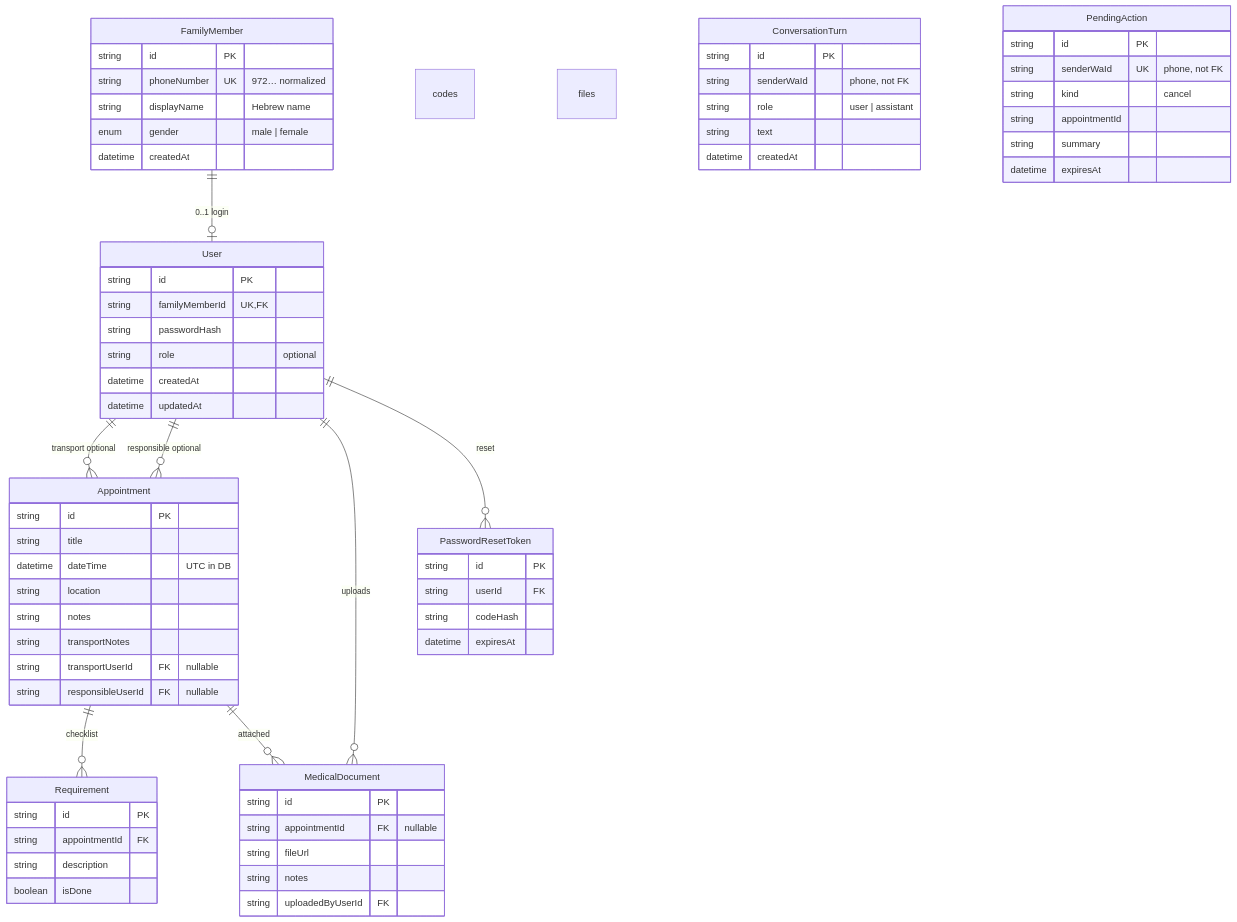
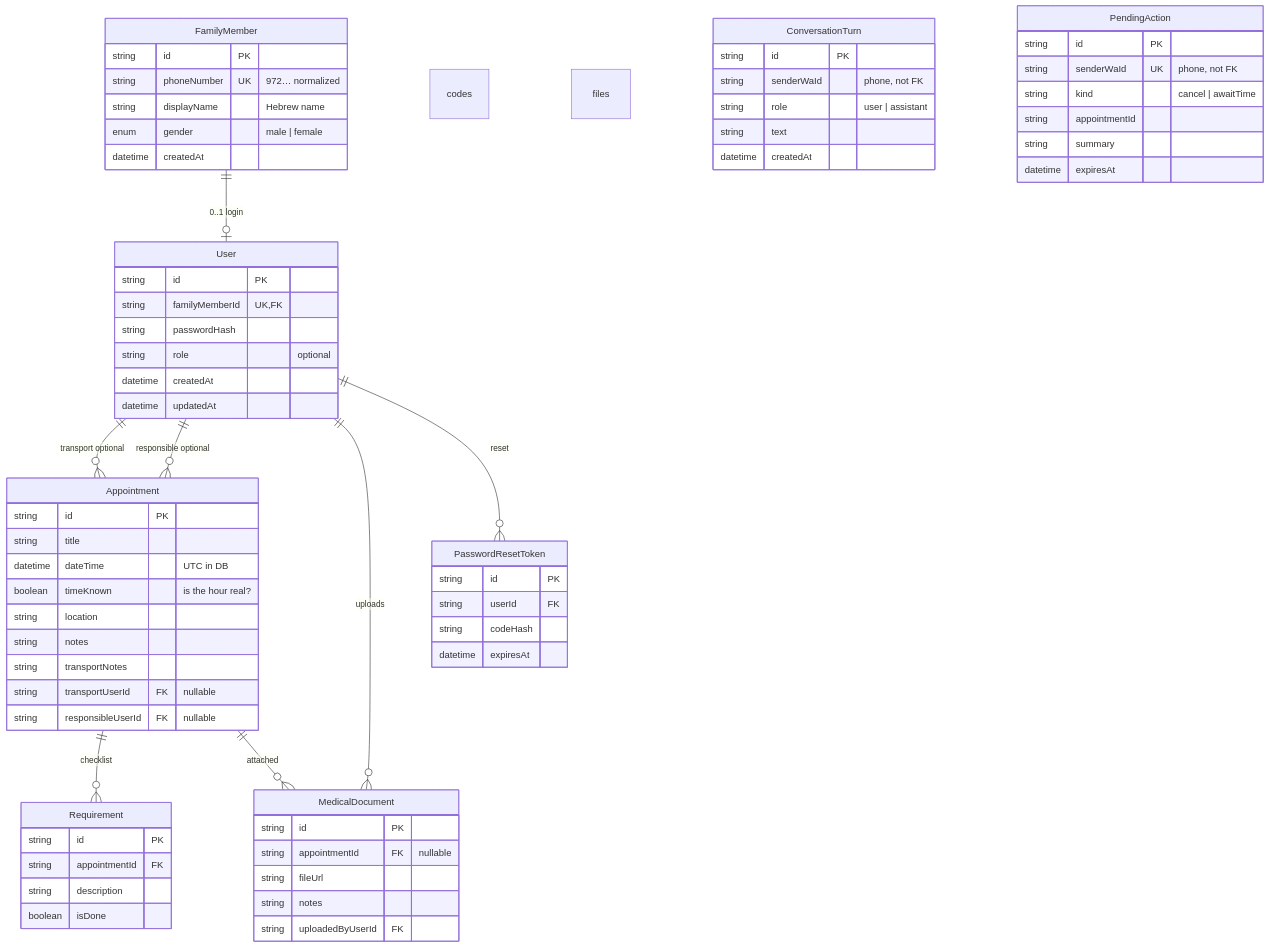
Before and after one commit to stavbarak/medflow-ai: the second of 7 diagrams in summaries/database-schema-and-connections.md, drawn with Mermaid. The commit also changed other lines of this file and 15 other files, not shown here.

````diff
--- a/summaries/database-schema-and-connections.md
+++ b/summaries/database-schema-and-connections.md
@@ -71,77 +71,78 @@
 ```mermaid
 erDiagram
   FamilyMember ||--o| User : "0..1 login"
   User ||--o{ Appointment : "transport optional"
   User ||--o{ Appointment : "responsible optional"
   User ||--o{ MedicalDocument : uploads
   User ||--o{ PasswordResetToken : reset codes
   Appointment ||--o{ Requirement : checklist
   Appointment ||--o{ MedicalDocument : attached files
 
   FamilyMember {
     string id PK
     string phoneNumber UK "972… normalized"
     string displayName "Hebrew name"
     enum gender "male | female"
     datetime createdAt
   }
 
   User {
     string id PK
     string familyMemberId UK,FK
     string passwordHash
     string role "optional"
     datetime createdAt
     datetime updatedAt
   }
 
   Appointment {
     string id PK
     string title
     datetime dateTime "UTC in DB"
+    boolean timeKnown "is the hour real?"
     string location
     string notes
     string transportNotes
     string transportUserId FK "nullable"
     string responsibleUserId FK "nullable"
   }
 
   Requirement {
     string id PK
     string appointmentId FK
     string description
     boolean isDone
   }
 
   MedicalDocument {
     string id PK
     string appointmentId FK "nullable"
     string fileUrl
     string notes
     string uploadedByUserId FK
   }
 
   PasswordResetToken {
     string id PK
     string userId FK
     string codeHash
     datetime expiresAt
   }
 
   ConversationTurn {
     string id PK
     string senderWaId "phone, not FK"
     string role "user | assistant"
     string text
     datetime createdAt
   }
 
   PendingAction {
     string id PK
     string senderWaId UK "phone, not FK"
-    string kind "cancel"
+    string kind "cancel | awaitTime"
     string appointmentId
     string summary
     datetime expiresAt
   }
 ```
````
